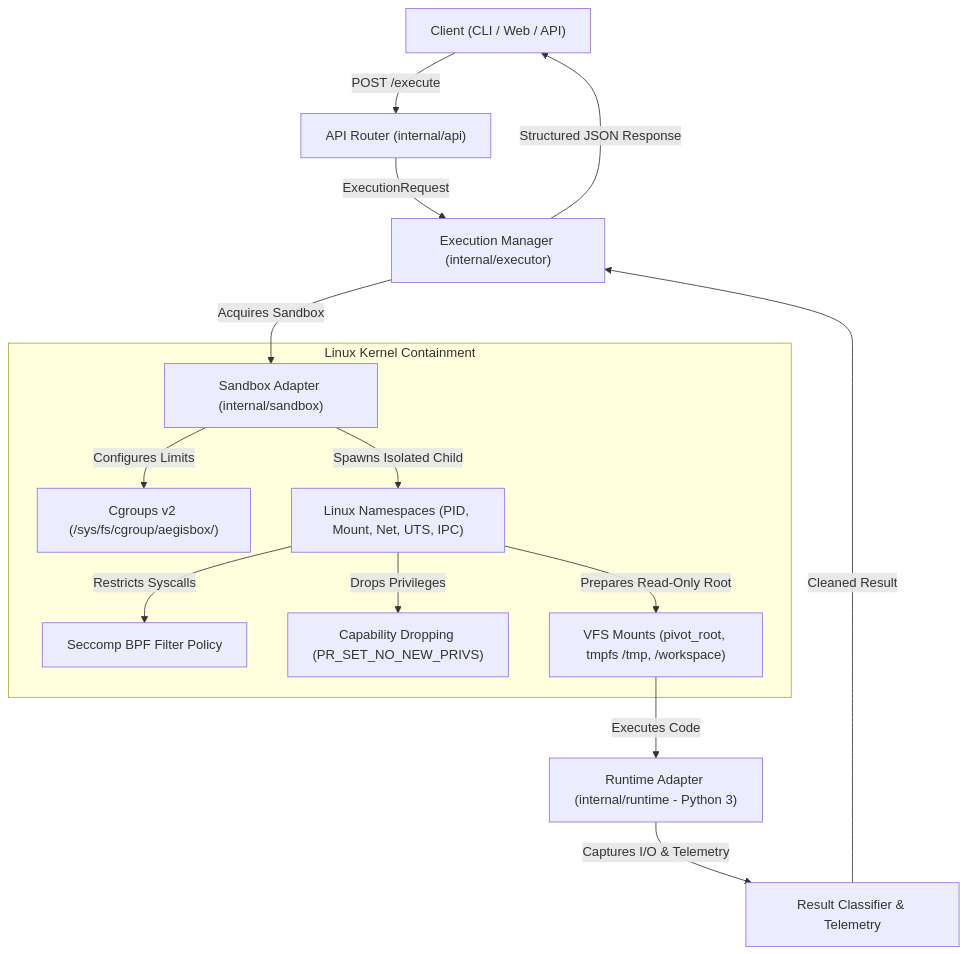
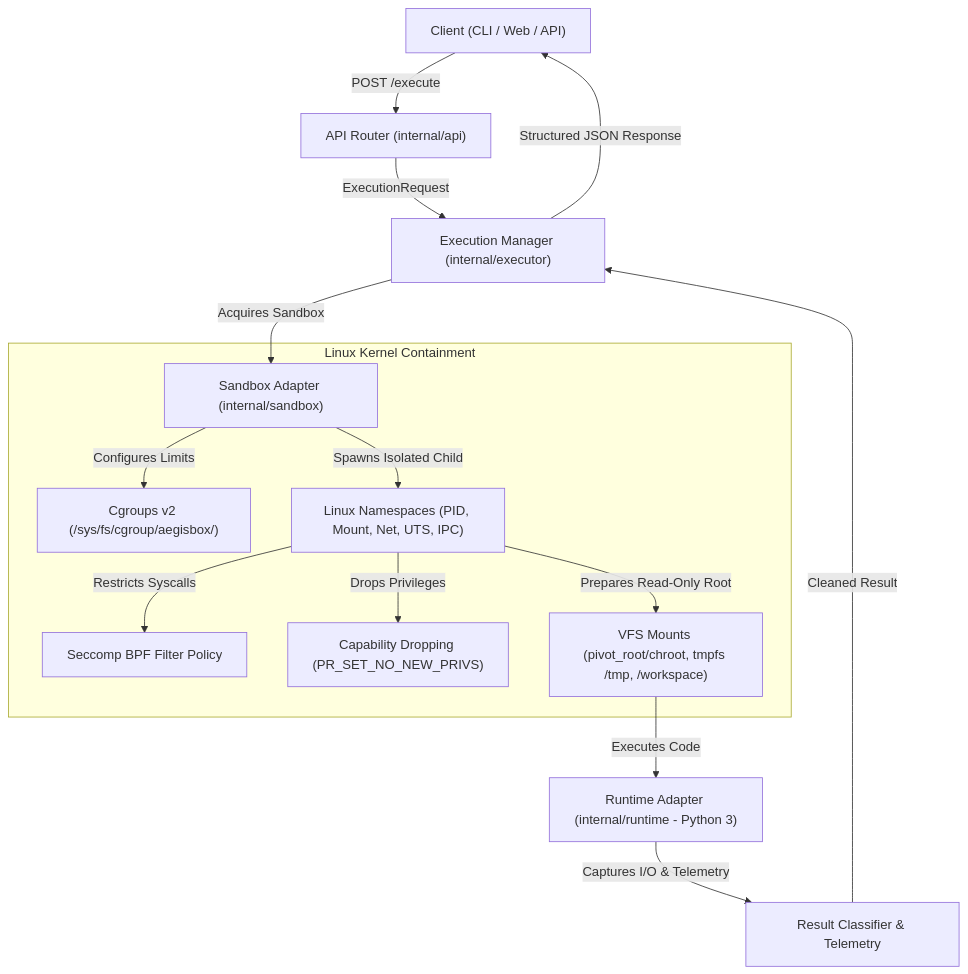
Before and after one commit to fendyramadhani9-cloud/aegisbox: the diagram in README.md, drawn with Mermaid. The commit also changed other lines of this file and 6 other files, not shown here.

````diff
--- a/README.md
+++ b/README.md
@@ -14,19 +36,19 @@
 ```mermaid
 graph TD
     Client["Client (CLI / Web / API)"] -->|POST /execute| Router["API Router (internal/api)"]
     Router -->|ExecutionRequest| ExecMgr["Execution Manager (internal/executor)"]
     ExecMgr -->|Acquires Sandbox| SbxAdapter["Sandbox Adapter (internal/sandbox)"]
     
     subgraph Linux Kernel Containment
         SbxAdapter -->|Configures Limits| CG["Cgroups v2 (/sys/fs/cgroup/aegisbox/<id>)"]
         SbxAdapter -->|Spawns Isolated Child| NS["Linux Namespaces (PID, Mount, Net, UTS, IPC)"]
         NS -->|Restricts Syscalls| SC["Seccomp BPF Filter Policy"]
         NS -->|Drops Privileges| CAP["Capability Dropping (PR_SET_NO_NEW_PRIVS)"]
-        NS -->|Prepares Read-Only Root| VFS["VFS Mounts (pivot_root, tmpfs /tmp, /workspace)"]
+        NS -->|Prepares Read-Only Root| VFS["VFS Mounts (pivot_root/chroot, tmpfs /tmp, /workspace)"]
     end
     
     VFS -->|Executes Code| Runtime["Runtime Adapter (internal/runtime - Python 3)"]
     Runtime -->|Captures I/O & Telemetry| Collector["Result Classifier & Telemetry"]
     Collector -->|Cleaned Result| ExecMgr
     ExecMgr -->|Structured JSON Response| Client
 ```
````
